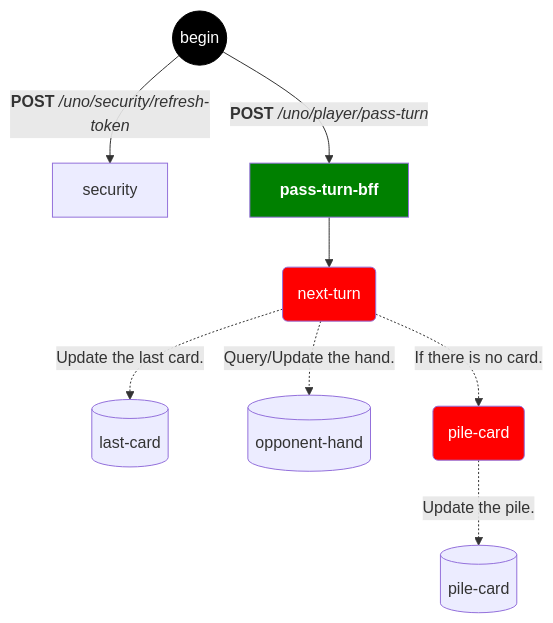
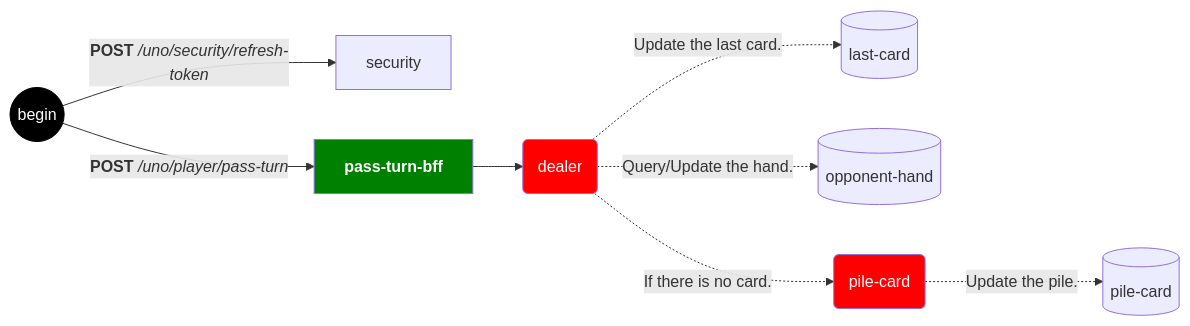
Before and after one commit to olbiwan/uno: the third of 3 diagrams in README.md, drawn with Mermaid. The commit also changed other lines of this file, not shown here.

````diff
--- a/README.md
+++ b/README.md
@@ -89,15 +91,15 @@
 ```mermaid
-flowchart TD
-    U((begin)) -->|<b>POST</b> <i>/uno/security/refresh-token</i>| Z[security]
+flowchart LR
+    U((begin)) -->|<b>POST</b> <i>/uno/security/refresh-token</i>| S[security]
     U -->|<b>POST</b> <i>/uno/player/pass-turn</i>| FD[<b>pass-turn-bff</b>]
-    FD --> SA(next-turn)
-    SA -.->|Update the last card.| HLC[(last-card)]
-    SA -.->|Query/Update the hand.| HOH[(opponent-hand)]
-    SB(pile-card) -.->|Update the pile.| HPC[(pile-card)]
+    FD --> SA(dealer)
+    SA -.->|Update the last card.| DLC[(last-card)]
+    SA -.->|Query/Update the hand.| DOH[(opponent-hand)]
+    SB(pile-card) -.->|Update the pile.| DPC[(pile-card)]
     SA -.->|If there is no card.| SB
     classDef first color:#fff,fill:green;
     classDef second color:#fff,fill:red;
     style U  color:#fff,fill:#000,stroke:#000;
     class FB,FC,FD first;
     class SA,SB,SC second;
 ```
````
